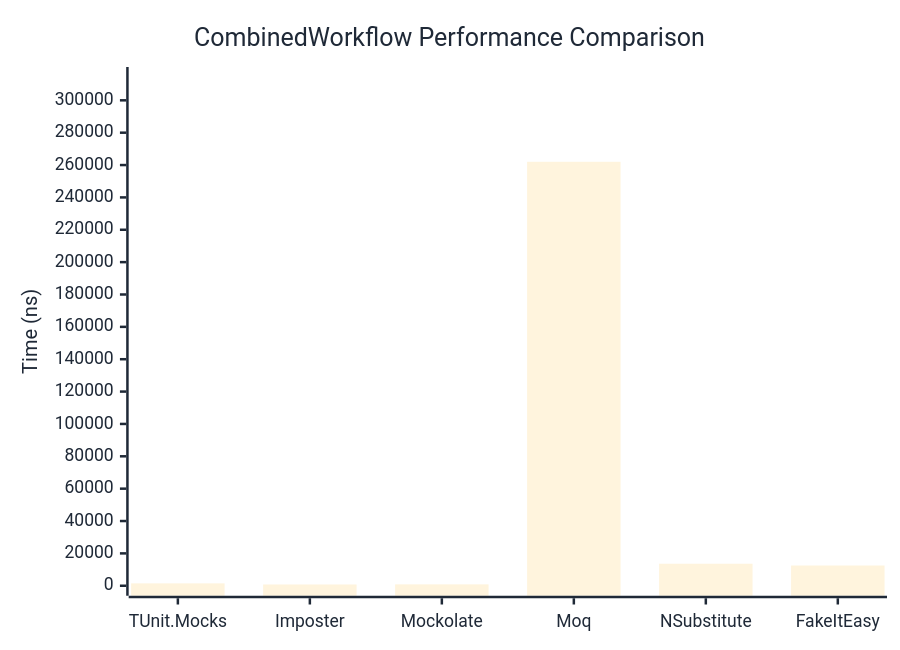
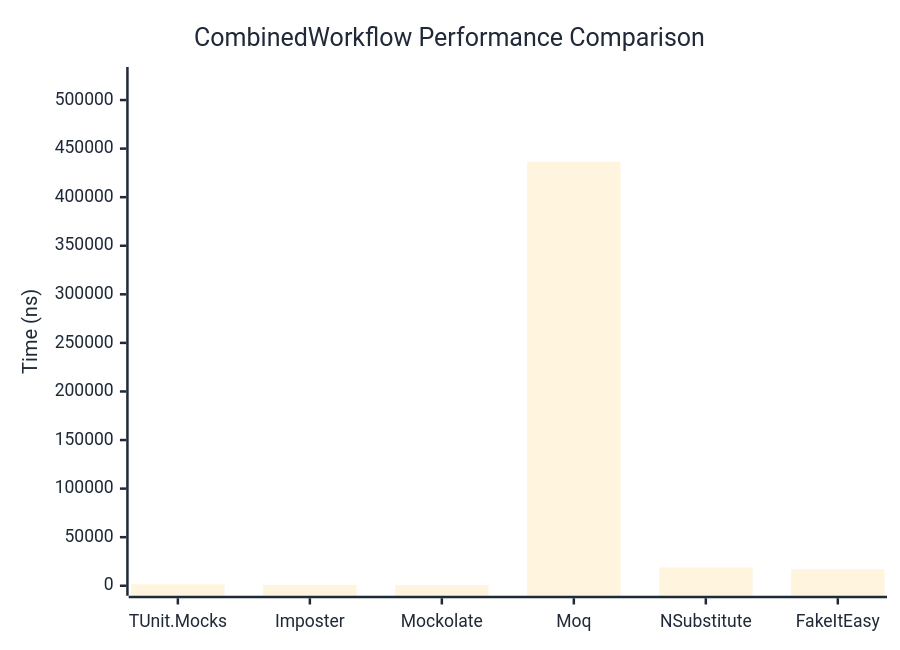
Before and after one commit to thomhurst/TUnit: the diagram in docs/docs/benchmarks/mocks/CombinedWorkflow.md, drawn with Mermaid. The commit also changed other lines of this file and 14 other files, not shown here.

````diff
--- a/docs/docs/benchmarks/mocks/CombinedWorkflow.md
+++ b/docs/docs/benchmarks/mocks/CombinedWorkflow.md
@@ -30,27 +30,27 @@
 ```mermaid
 %%{init: {
   'theme':'base',
   'themeVariables': {
     'primaryColor': '#2563eb',
     'primaryTextColor': '#1f2937',
     'primaryBorderColor': '#1e40af',
     'lineColor': '#6b7280',
     'secondaryColor': '#7c3aed',
     'tertiaryColor': '#dc2626',
     'background': '#ffffff',
     'pie1': '#2563eb',
     'pie2': '#7c3aed',
     'pie3': '#dc2626',
     'pie4': '#f59e0b',
     'pie5': '#10b981',
     'pie6': '#06b6d4',
     'pie7': '#ec4899',
     'pie8': '#6366f1'
   }
 }}%%
 xychart-beta
   title "CombinedWorkflow Performance Comparison"
   x-axis ["TUnit.Mocks", "Imposter", "Mockolate", "Moq", "NSubstitute", "FakeItEasy"]
-  y-axis "Time (ns)" 0 --> 314415
-  bar [1481.5, 790.6, 857.9, 262011.8, 13616.3, 12512.9]
+  y-axis "Time (ns)" 0 --> 523717
+  bar [1475.3, 873.6, 673.1, 436430.4, 18838.3, 17010.5]
 ```
````
